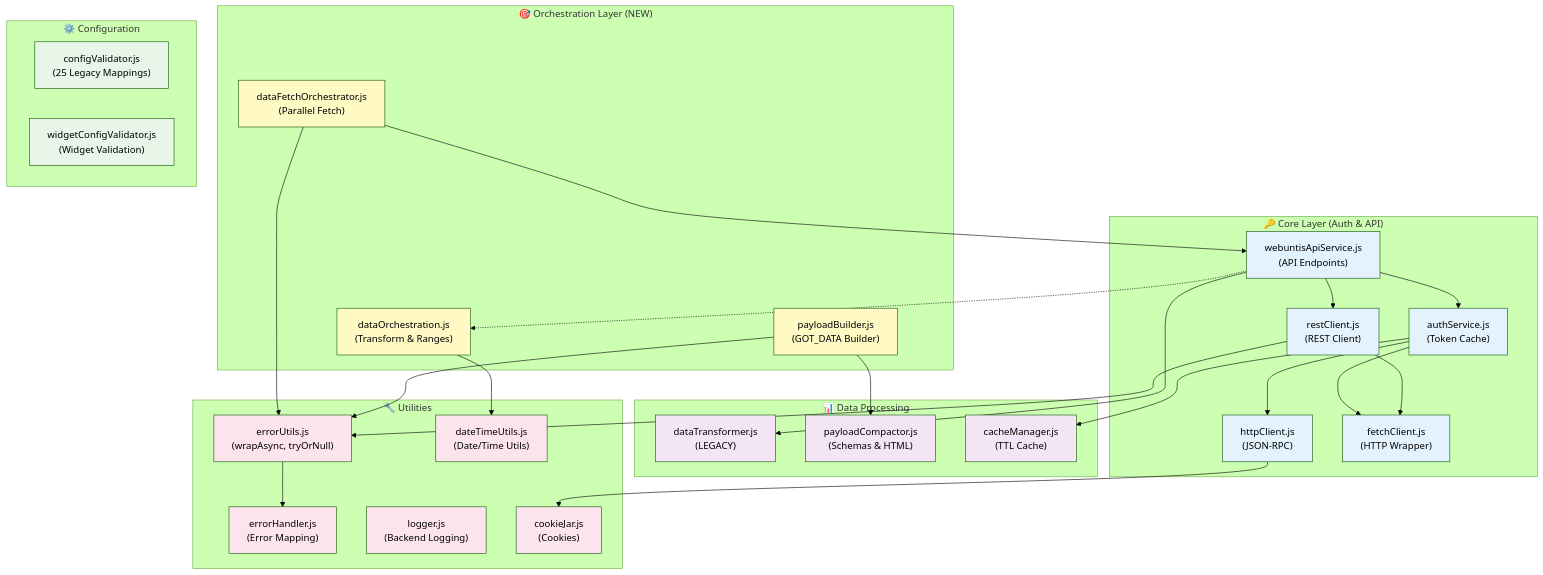
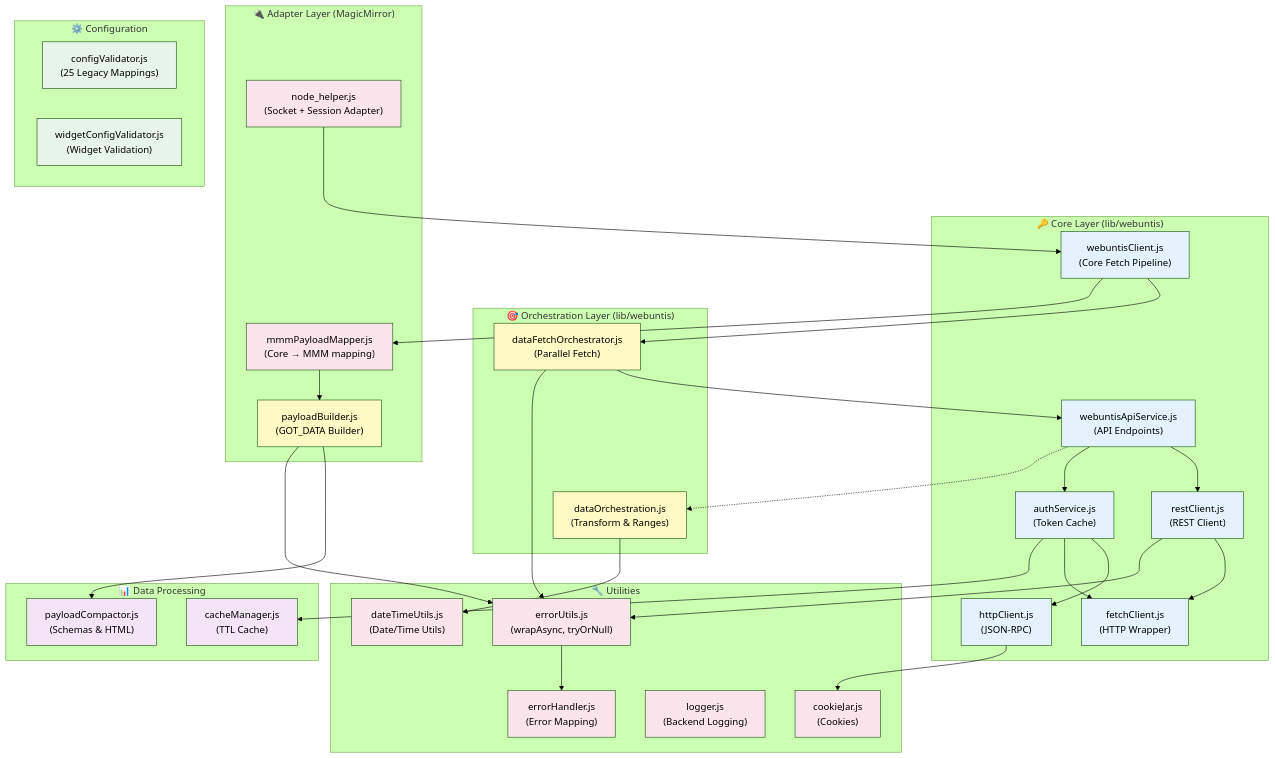
One commit to HeikoGr/MMM-Webuntis changed the second of 13 diagrams in docs/ARCHITECTURE.md. Above: the diagram before and after it, drawn with Mermaid (forest theme). The commit also changed other lines of this file and 7 other files, not shown here.

First line of the commit message:
feat: Implement mmmPayloadMapper and payloadBuilder for structured data handling

````diff
--- a/docs/ARCHITECTURE.md
+++ b/docs/ARCHITECTURE.md
@@ -124,71 +135,79 @@
 ```mermaid
 graph TB
-    subgraph Core["🔑 Core Layer (Auth & API)"]
+    subgraph Core["🔑 Core Layer (lib/webuntis)"]
         Auth["authService.js<br/>(Token Cache)"]
         HTTP["httpClient.js<br/>(JSON-RPC)"]
         Fetch["fetchClient.js<br/>(HTTP Wrapper)"]
         Rest["restClient.js<br/>(REST Client)"]
         API["webuntisApiService.js<br/>(API Endpoints)"]
+        Client["webuntisClient.js<br/>(Core Fetch Pipeline)"]
     end
 
-    subgraph Orch["🎯 Orchestration Layer (NEW)"]
+    subgraph Orch["🎯 Orchestration Layer (lib/webuntis)"]
         DataOrch["dataOrchestration.js<br/>(Transform & Ranges)"]
         FetchOrch["dataFetchOrchestrator.js<br/>(Parallel Fetch)"]
+    end
+
+    subgraph Adapter["🔌 Adapter Layer (MagicMirror)"]
+        NodeHelper["node_helper.js<br/>(Socket + Session Adapter)"]
+        Mapper["mmmPayloadMapper.js<br/>(Core → MMM mapping)"]
         PayBuild["payloadBuilder.js<br/>(GOT_DATA Builder)"]
     end
 
     subgraph Data["📊 Data Processing"]
-        Trans["dataTransformer.js<br/>(LEGACY)"]
         Compact["payloadCompactor.js<br/>(Schemas & HTML)"]
         Cache["cacheManager.js<br/>(TTL Cache)"]
     end
 
     subgraph Config["⚙️ Configuration"]
         ConfigVal["configValidator.js<br/>(25 Legacy Mappings)"]
         WidgetVal["widgetConfigValidator.js<br/>(Widget Validation)"]
     end
 
     subgraph Utils["🔧 Utilities"]
         ErrUtils["errorUtils.js<br/>(wrapAsync, tryOrNull)"]
         ErrHandler["errorHandler.js<br/>(Error Mapping)"]
         DateTime["dateTimeUtils.js<br/>(Date/Time Utils)"]
         Logger["logger.js<br/>(Backend Logging)"]
         Cookie["cookieJar.js<br/>(Cookies)"]
     end
 
     %% Core dependencies
     Auth --> HTTP
     Auth --> Fetch
     Auth --> Cache
     HTTP --> Cookie
     API --> Rest
     API --> Auth
-    API --> Trans
     Rest --> Fetch
     Rest --> ErrUtils
 
     %% Orchestration dependencies
+    Client --> FetchOrch
+    Client --> Mapper
+    NodeHelper --> Client
     FetchOrch --> API
     FetchOrch --> ErrUtils
+    Mapper --> PayBuild
     PayBuild --> Compact
     PayBuild --> ErrUtils
     DataOrch --> DateTime
 
     %% Error utilities
     ErrUtils --> ErrHandler
 
-    %% Dotted: optional/legacy dependencies
+    %% Dotted: optional/utility dependencies
     API -.-> DataOrch
 
     classDef core fill:#e3f2fd
     classDef orch fill:#fff9c4
     classDef data fill:#f3e5f5
     classDef config fill:#e8f5e9
     classDef utils fill:#fce4ec
 
-    class Auth,HTTP,Fetch,Rest,API core
+    class Auth,HTTP,Fetch,Rest,API,Client core
     class DataOrch,FetchOrch,PayBuild orch
-    class Trans,Compact,Cache data
+    class Compact,Cache data
     class ConfigVal,WidgetVal config
-    class ErrUtils,ErrHandler,DateTime,Logger,Cookie utils
+    class ErrUtils,ErrHandler,DateTime,Logger,Cookie,NodeHelper,Mapper utils
 ```
````
